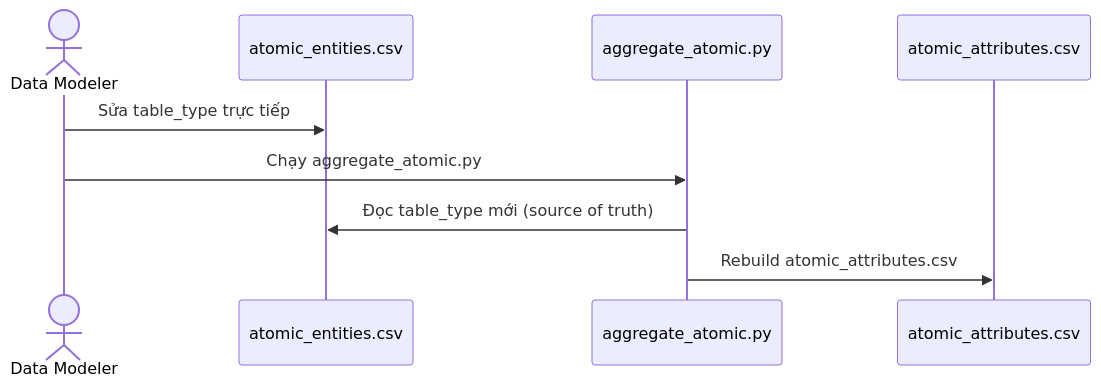
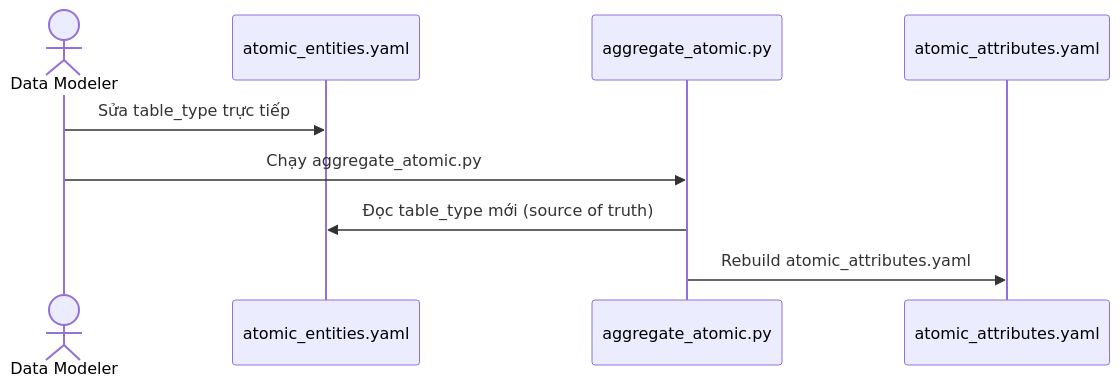
One commit to linhlvit/ubck_atomic_design changed the third of 3 diagrams in README.md. Above: the diagram before and after it, drawn with Mermaid. The commit also changed other lines of this file and 38 other files, not shown here.

Commit message:
refactor remaing csv into yaml in Atomic design

````diff
--- a/README.md
+++ b/README.md
@@ -128,12 +133,12 @@
 ```mermaid
 sequenceDiagram
     actor DM as Data Modeler
-    participant SE as atomic_entities.csv
+    participant SE as atomic_entities.yaml
     participant AGG as aggregate_atomic.py
-    participant OUT as atomic_attributes.csv
+    participant OUT as atomic_attributes.yaml
 
     DM->>SE: Sửa table_type trực tiếp
     DM->>AGG: Chạy aggregate_atomic.py
     AGG->>SE: Đọc table_type mới (source of truth)
-    AGG->>OUT: Rebuild atomic_attributes.csv
+    AGG->>OUT: Rebuild atomic_attributes.yaml
 ```
````
